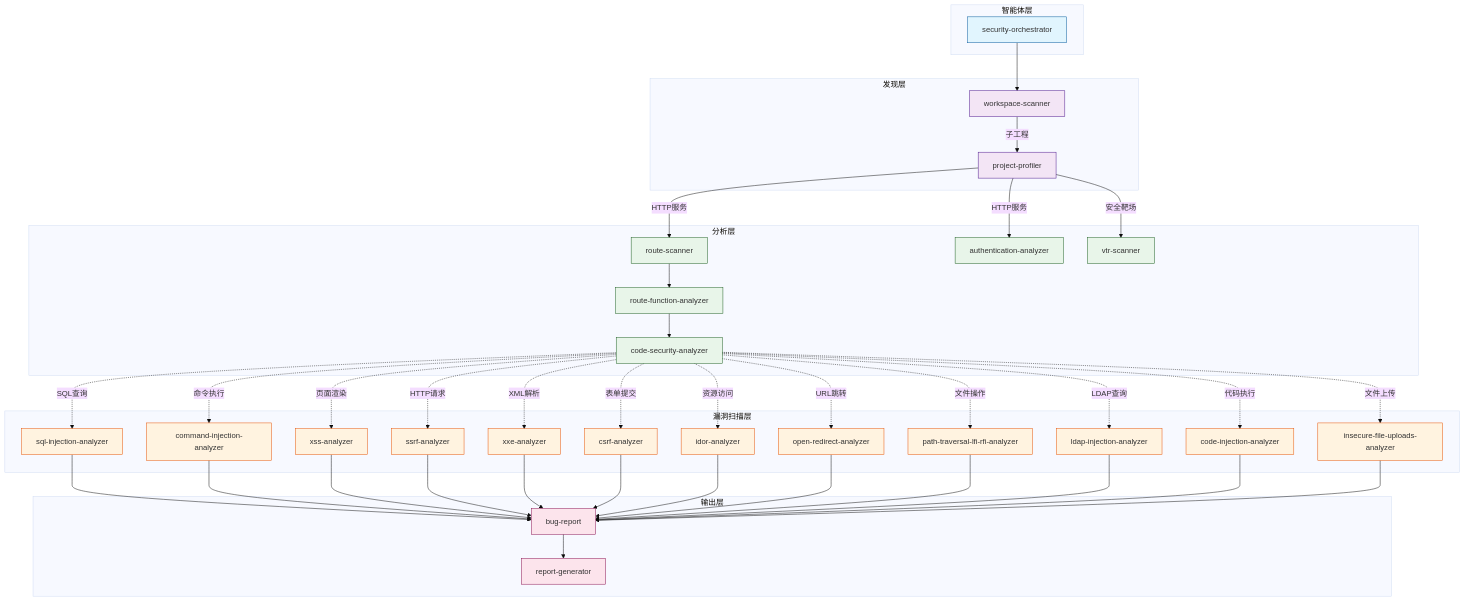
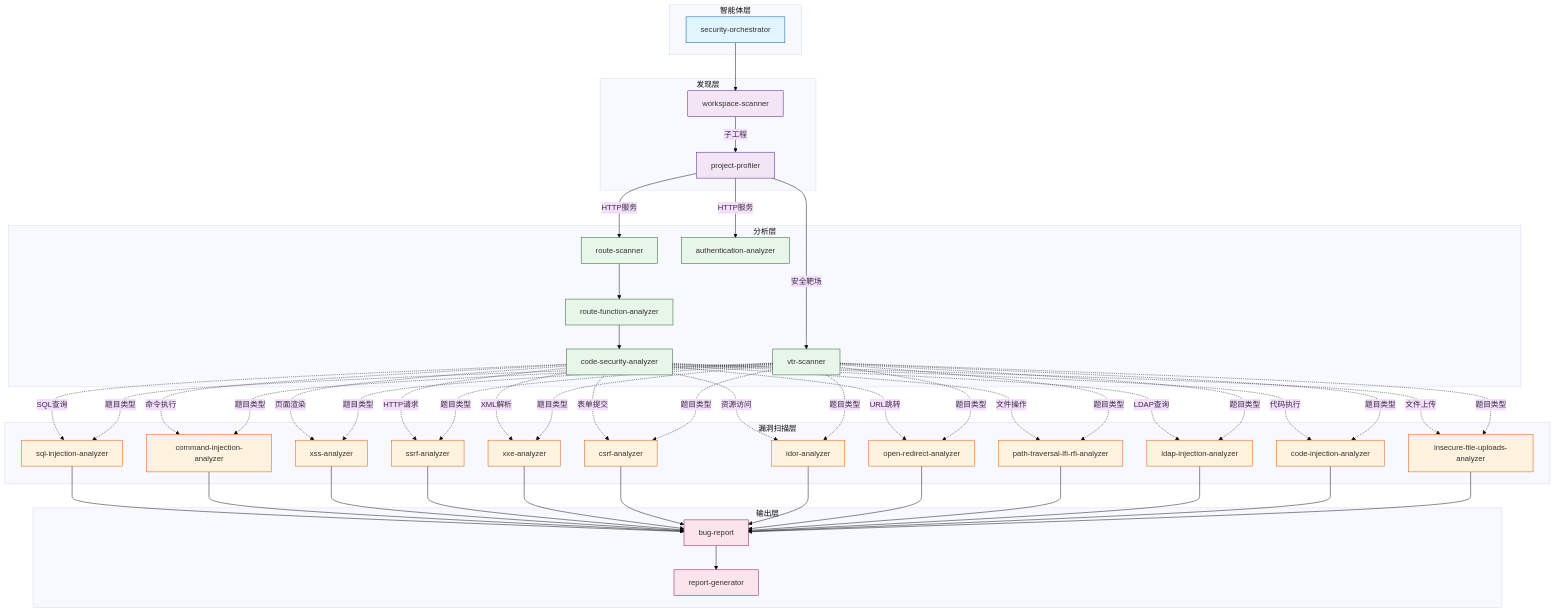
The diagram in README.md (wzk2239115/mygoldmine), drawn with Mermaid (base theme) before and after one commit. The commit also changed other lines of this file, not shown here.

Commit message:
docs: 补充 vtr-scanner 到漏洞分析器的推荐关系
- 添加 vtr-scanner 根据靶场题目类型直接推荐漏洞分析器的流程
- 更新推荐关系说明表格

🤖 Generated with [Claude Code](https://claude.com/claude-code)

```diff
--- a/README.md
+++ b/README.md
@@ -190,6 +190,20 @@
     CSA -.->|"代码执行"| CODEI
     CSA -.->|"文件上传"| UPLOAD
 
+    %% 靶场扫描直接推荐漏洞分析器
+    VTR -.->|"题目类型"| SQLI
+    VTR -.->|"题目类型"| CMDI
+    VTR -.->|"题目类型"| XSS
+    VTR -.->|"题目类型"| SSRF
+    VTR -.->|"题目类型"| XXE
+    VTR -.->|"题目类型"| CSRF
+    VTR -.->|"题目类型"| IDOR
+    VTR -.->|"题目类型"| REDIRECT
+    VTR -.->|"题目类型"| PATH
+    VTR -.->|"题目类型"| LDAPI
+    VTR -.->|"题目类型"| CODEI
+    VTR -.->|"题目类型"| UPLOAD
+
     %% 漏洞报告输出
     SQLI --> BR
     CMDI --> BR
```
